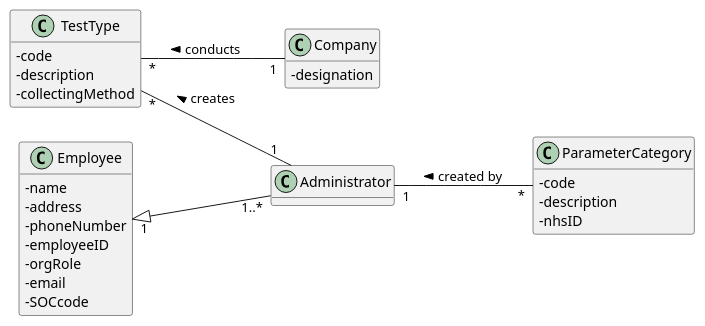
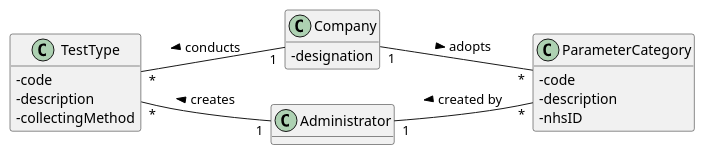
One commit to 0franciscor/lei-21-s2-1de-g19 changed the diagram in docs/SprintC/US09/US09-MD.puml. Above: the diagram before and after it, drawn with PlantUML. The commit also changed 12 other files, not shown here.

Commit message:
[US09] - Alterações dos diagramas SD, CD e implementação.

```diff
--- a/docs/SprintC/US09/US09-MD.puml
+++ b/docs/SprintC/US09/US09-MD.puml
@@ -1,50 +1,39 @@
 @startuml
 hide methods
 left to right direction
 
 class Company
 class Administrator
 class ParameterCategory
 class TestType
-class Employee
-
-Employee "1" <|-- "1..*" Administrator
 
 TestType "*" -- "1" Company : < conducts
 
 TestType "*" -- "1" Administrator : < creates
 
 Administrator "1" -- "*" ParameterCategory : < created by
 
+Company "1" -- "*" ParameterCategory : > adopts
+
 skinparam classAttributeIconSize 0
-
-class Employee{
--name
--address
--phoneNumber
--employeeID
--orgRole
--email
--SOCcode
-}
 
 class Company{
 -designation
 }
 
 class Administrator{
 }
 
 class ParameterCategory{
 -code
 -description
 -nhsID
 }
 
 class TestType{
 -code
 -description
 -collectingMethod
 }
 
 @enduml
```
